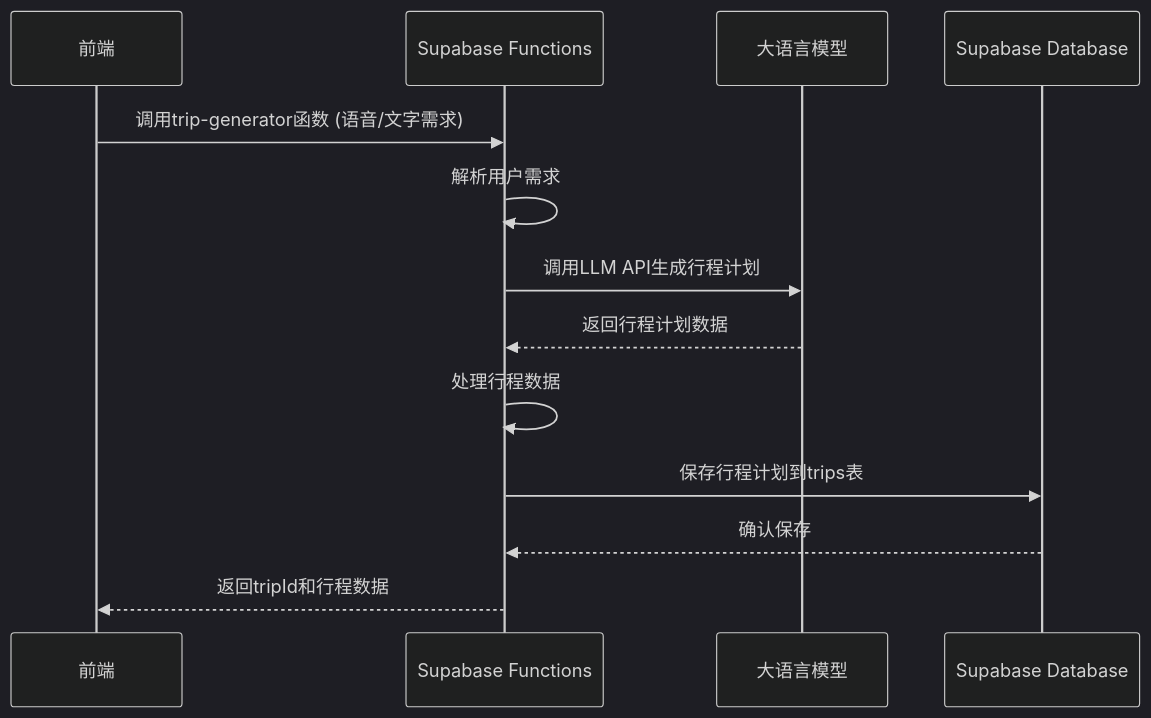
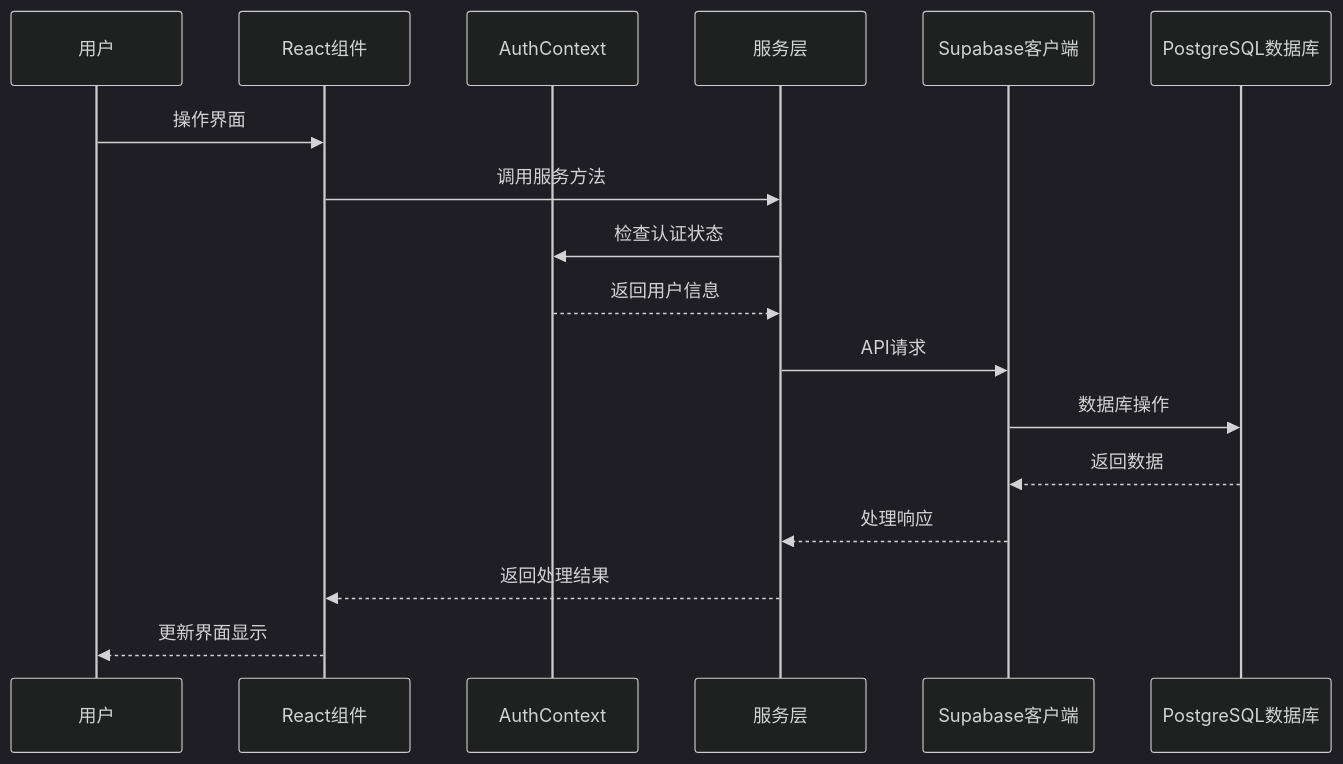
The first of 3 diagrams in docs/技术架构设计文档.md (smallSeaaa/AI-Travel-Planner), drawn with Mermaid (dark theme) before and after one commit. The commit also changed other lines of this file and 6 other files, not shown here.

````diff
--- a/docs/技术架构设计文档.md
+++ b/docs/技术架构设计文档.md
@@ -119,16 +134,20 @@
 ```mermaid
 sequenceDiagram
-    participant Client as 前端
-    participant SB as Supabase Functions
-    participant LLM as 大语言模型
-    participant DB as Supabase Database
+    participant User as 用户
+    participant UI as React组件
+    participant Auth as AuthContext
+    participant Service as 服务层
+    participant Supabase as Supabase客户端
+    participant DB as PostgreSQL数据库
 
-    Client->>SB: 调用trip-generator函数 (语音/文字需求)
-    SB->>SB: 解析用户需求
-    SB->>LLM: 调用LLM API生成行程计划
-    LLM-->>SB: 返回行程计划数据
-    SB->>SB: 处理行程数据
-    SB->>DB: 保存行程计划到trips表
-    DB-->>SB: 确认保存
-    SB-->>Client: 返回tripId和行程数据
+    User->>UI: 操作界面
+    UI->>Service: 调用服务方法
+    Service->>Auth: 检查认证状态
+    Auth-->>Service: 返回用户信息
+    Service->>Supabase: API请求
+    Supabase->>DB: 数据库操作
+    DB-->>Supabase: 返回数据
+    Supabase-->>Service: 处理响应
+    Service-->>UI: 返回处理结果
+    UI-->>User: 更新界面显示
 ```
````
